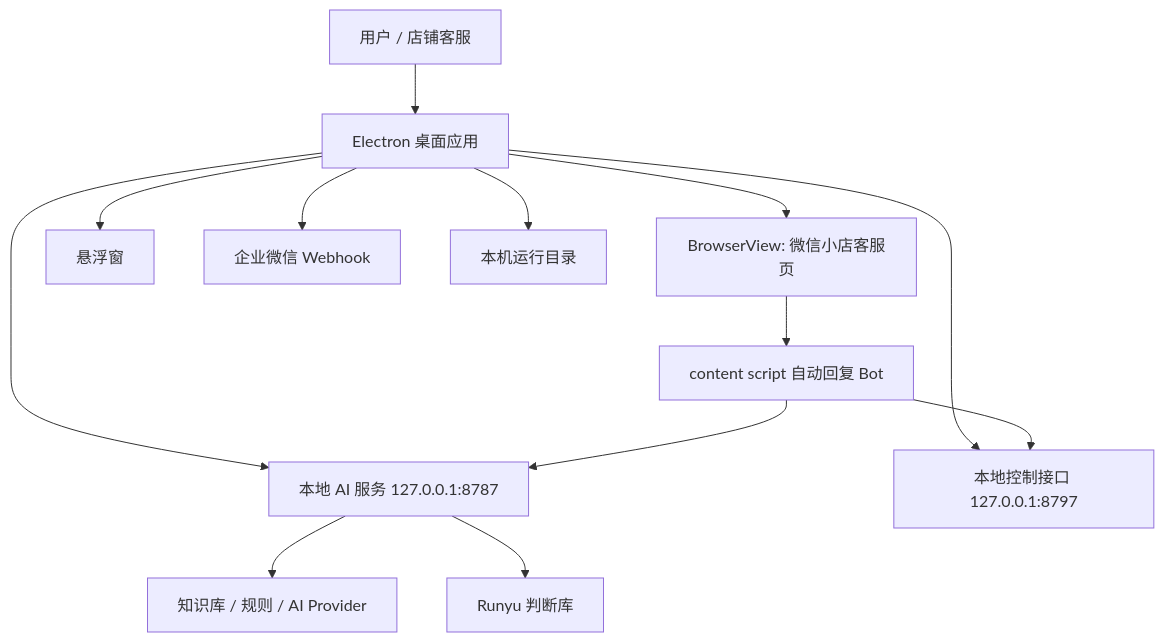
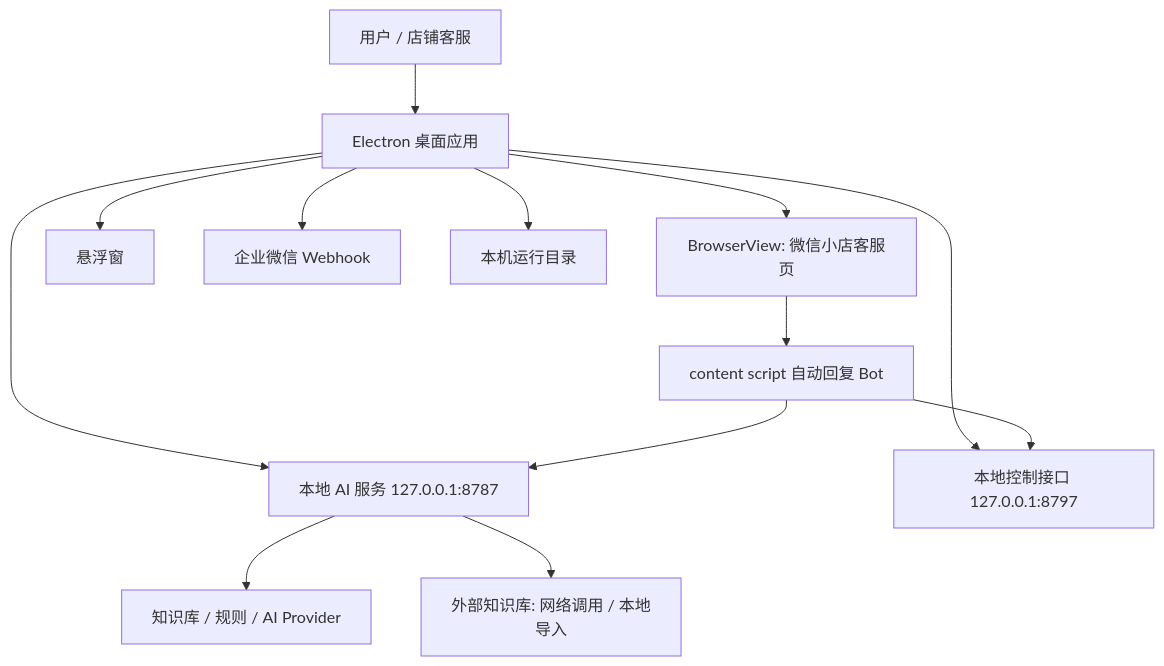
One commit to JahanHe/wechat-autoreply changed the diagram in ARCHITECTURE.md. Above: the diagram before and after it, drawn with Mermaid. The commit also changed other lines of this file and 43 other files, not shown here.

````diff
--- a/ARCHITECTURE.md
+++ b/ARCHITECTURE.md
@@ -30,15 +30,15 @@
 ```mermaid
 flowchart TD
   U["用户 / 店铺客服"] --> A["Electron 桌面应用"]
   A --> W["BrowserView: 微信小店客服页"]
   A --> F["悬浮窗"]
   A --> L["本地 AI 服务 127.0.0.1:8787"]
   A --> C["本地控制接口 127.0.0.1:8797"]
   W --> B["content script 自动回复 Bot"]
   B --> C
   B --> L
   L --> K["知识库 / 规则 / AI Provider"]
-  L --> R["Runyu 判断库"]
+  L --> R["外部知识库: 网络调用 / 本地导入"]
   A --> H["企业微信 Webhook"]
   A --> S["本机运行目录"]
 ```
````
